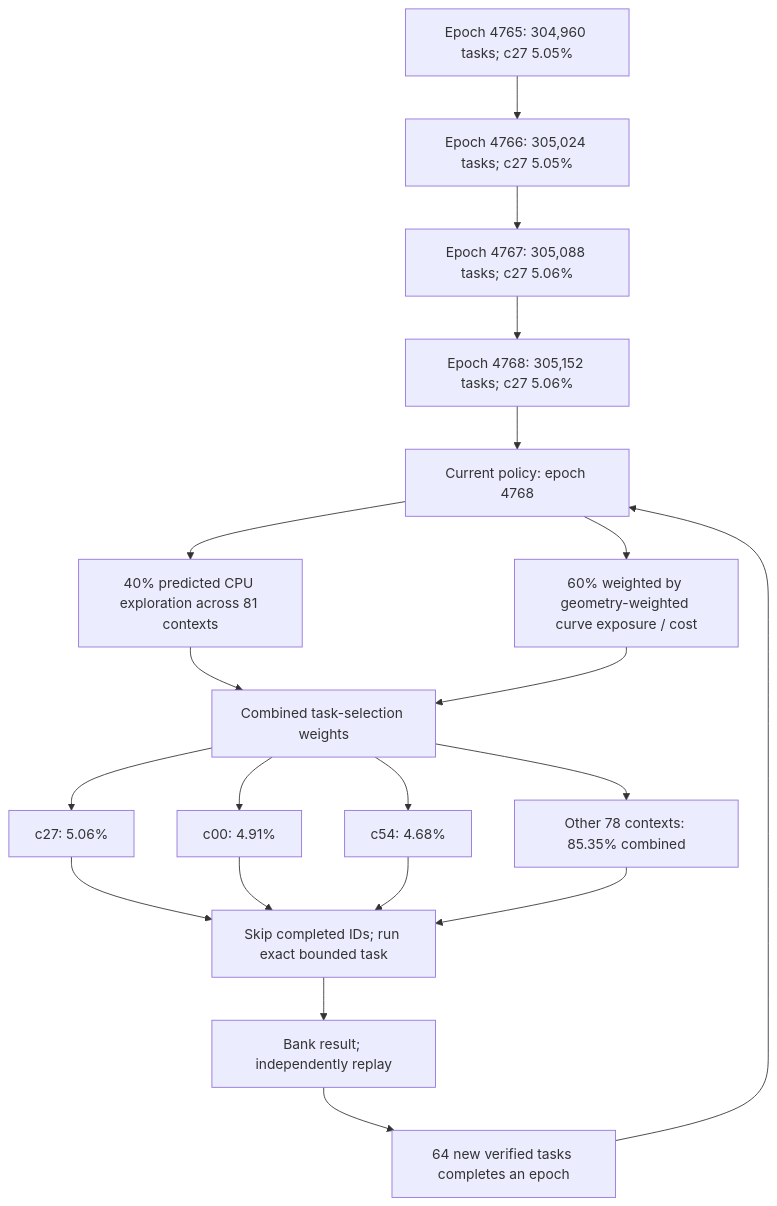
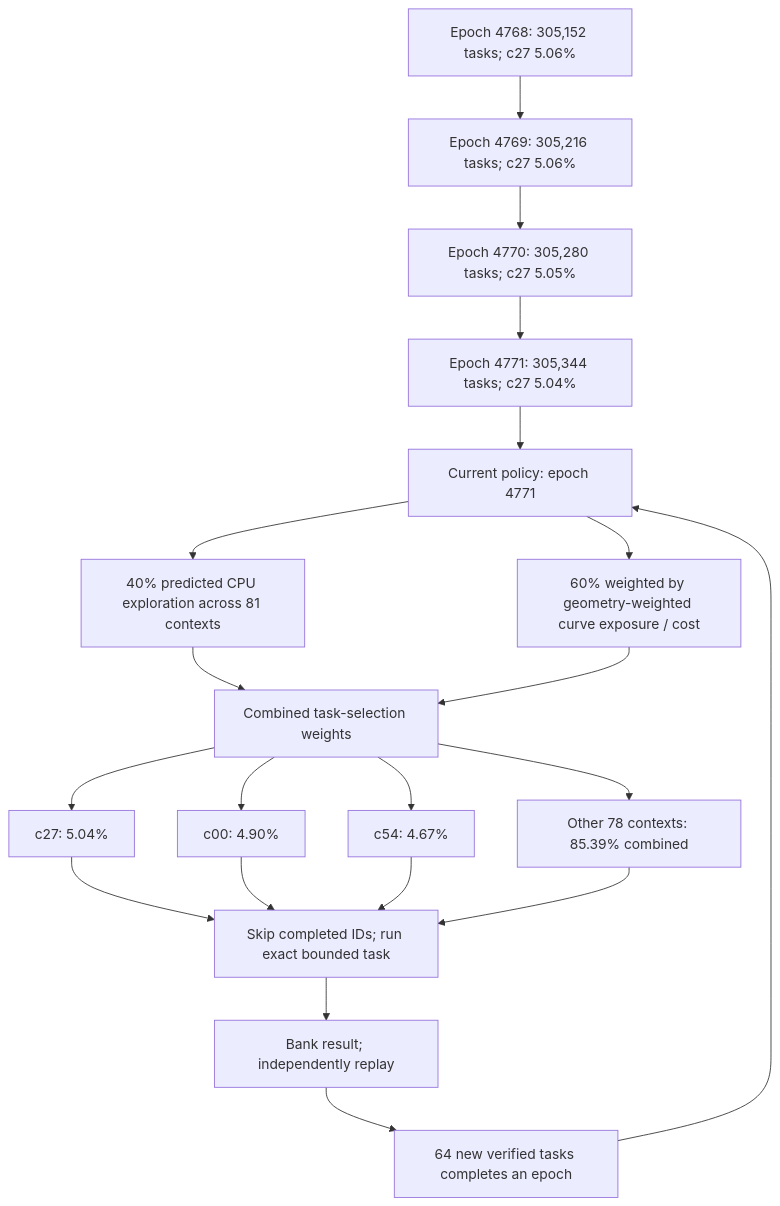
The first of 3 diagrams in README.md (Kuberwastaken/math-gambling), drawn with Mermaid before and after one commit. The commit also changed other lines of this file and 474 other files, not shown here.

````diff
--- a/README.md
+++ b/README.md
@@ -60,27 +60,27 @@
 ```mermaid
 flowchart TD
-    H0["Epoch 4765: 304,960 tasks; c27 5.05%"]
-    H1["Epoch 4766: 305,024 tasks; c27 5.05%"]
+    H0["Epoch 4768: 305,152 tasks; c27 5.06%"]
+    H1["Epoch 4769: 305,216 tasks; c27 5.06%"]
     H0 --> H1
-    H2["Epoch 4767: 305,088 tasks; c27 5.06%"]
+    H2["Epoch 4770: 305,280 tasks; c27 5.05%"]
     H1 --> H2
-    H3["Epoch 4768: 305,152 tasks; c27 5.06%"]
+    H3["Epoch 4771: 305,344 tasks; c27 5.04%"]
     H2 --> H3
-    Policy["Current policy: epoch 4768"]
+    Policy["Current policy: epoch 4771"]
     H3 --> Policy
     Policy --> Explore["40% predicted CPU exploration across 81 contexts"]
     Policy --> Cost["60% weighted by geometry-weighted curve exposure / cost"]
     Explore --> Mix["Combined task-selection weights"]
     Cost --> Mix
-    Mix --> C0["c27: 5.06%"]
-    Mix --> C1["c00: 4.91%"]
-    Mix --> C2["c54: 4.68%"]
-    Mix --> Rest["Other 78 contexts: 85.35% combined"]
+    Mix --> C0["c27: 5.04%"]
+    Mix --> C1["c00: 4.90%"]
+    Mix --> C2["c54: 4.67%"]
+    Mix --> Rest["Other 78 contexts: 85.39% combined"]
     C0 --> Check["Skip completed IDs; run exact bounded task"]
     C1 --> Check
     C2 --> Check
     Rest --> Check
     Check --> Replay["Bank result; independently replay"]
     Replay --> Gate["64 new verified tasks completes an epoch"]
     Gate --> Policy
 ```
````
